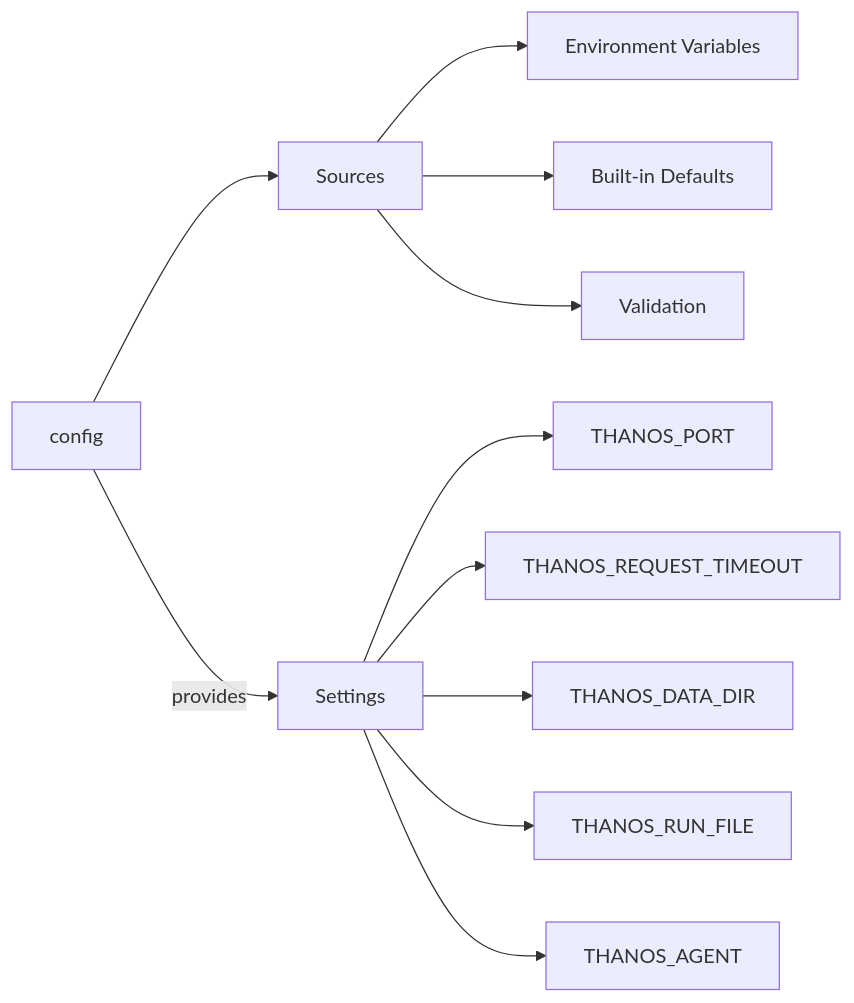
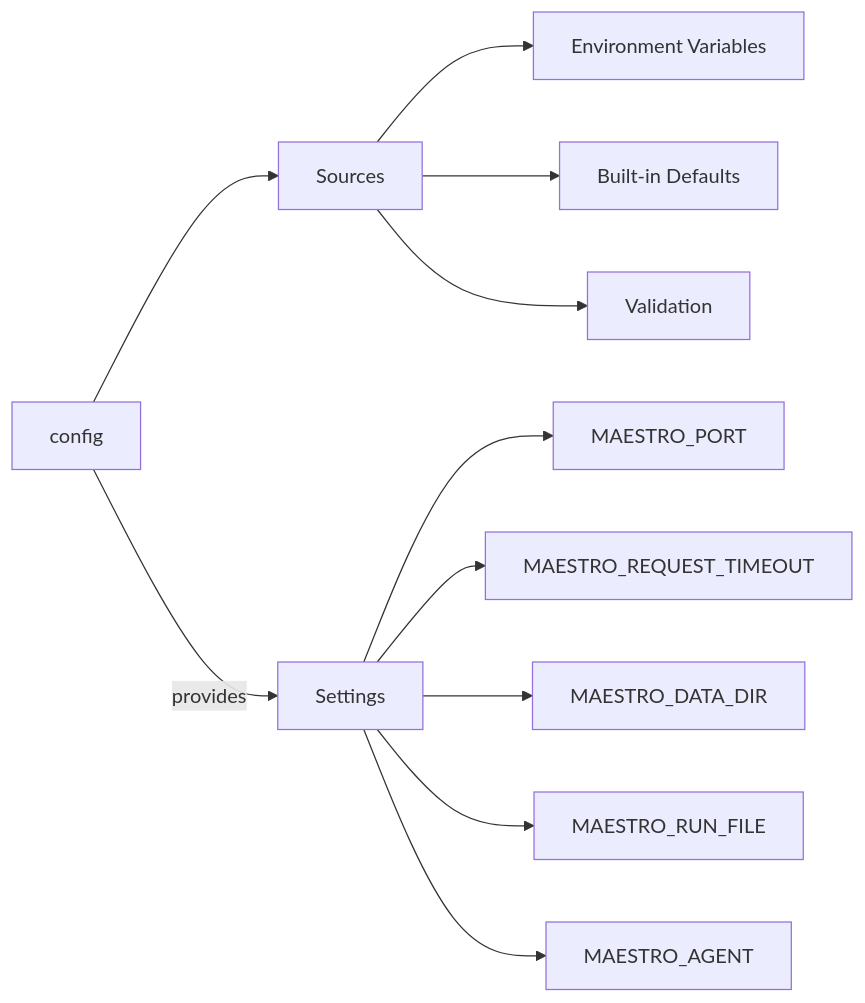
One commit to tinhtran24/maestro changed diagram 18 of 23 in docs/backend-code-structure.md. Above: the diagram before and after it, drawn with Mermaid. The commit also changed other lines of this file and 610 other files, not shown here.

First line of the commit message:
refactor(brand): rename Thanos to Maestro across the codebase

````diff
--- a/docs/backend-code-structure.md
+++ b/docs/backend-code-structure.md
@@ -681,17 +681,17 @@
 ```mermaid
 graph LR
     Config[config] --> Sources[Sources]
 
     Sources --> Env[Environment Variables]
     Sources --> Defaults[Built-in Defaults]
     Sources --> Validate[Validation]
 
     Config -->|provides| Settings[Settings]
 
-    Settings --> Port[THANOS_PORT]
-    Settings --> Timeout[THANOS_REQUEST_TIMEOUT]
-    Settings --> DataDir[THANOS_DATA_DIR]
-    Settings --> RunFile[THANOS_RUN_FILE]
-    Settings --> Agent[THANOS_AGENT]
+    Settings --> Port[MAESTRO_PORT]
+    Settings --> Timeout[MAESTRO_REQUEST_TIMEOUT]
+    Settings --> DataDir[MAESTRO_DATA_DIR]
+    Settings --> RunFile[MAESTRO_RUN_FILE]
+    Settings --> Agent[MAESTRO_AGENT]
 
 ```
````
